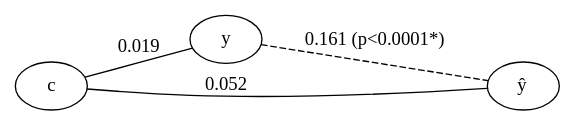
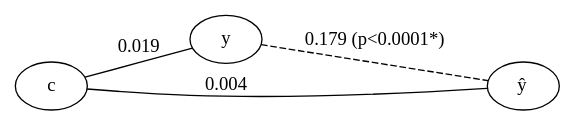
The diagram in fig/raw/emp_abide_site_reg_full.dot (pni-lab/mlconfound-manuscript), drawn with Graphviz before and after one commit. The commit also changed 143 other files, not shown here.

```diff
--- a/fig/raw/emp_abide_site_reg_full.dot
+++ b/fig/raw/emp_abide_site_reg_full.dot
@@ -1,9 +1,9 @@
 graph {
 	rankdir=LR
 	c [label=c]
 	y [label=y]
 	yhat [label=<y&#770;>]
-	c -- yhat [label=0.052]
+	c -- yhat [label=0.004]
 	c -- y [label=0.019]
-	y -- yhat [label="0.161 (p<0.0001*)" style=dashed]
+	y -- yhat [label="0.179 (p<0.0001*)" style=dashed]
 }
```
